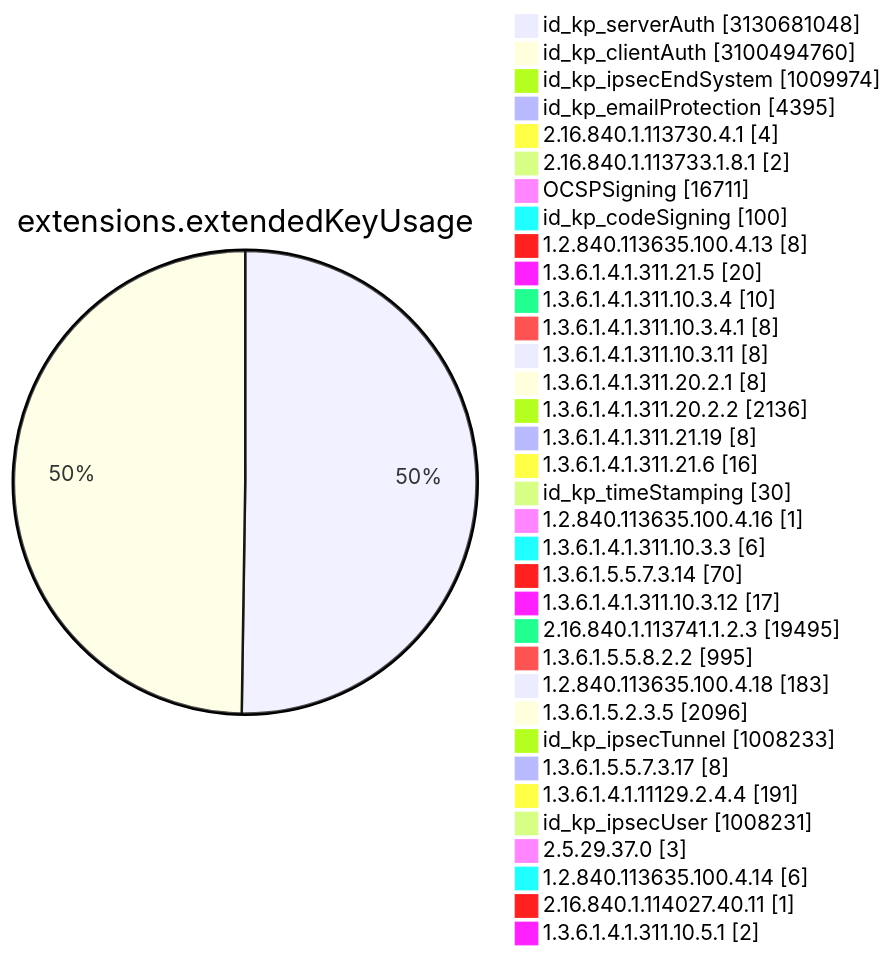
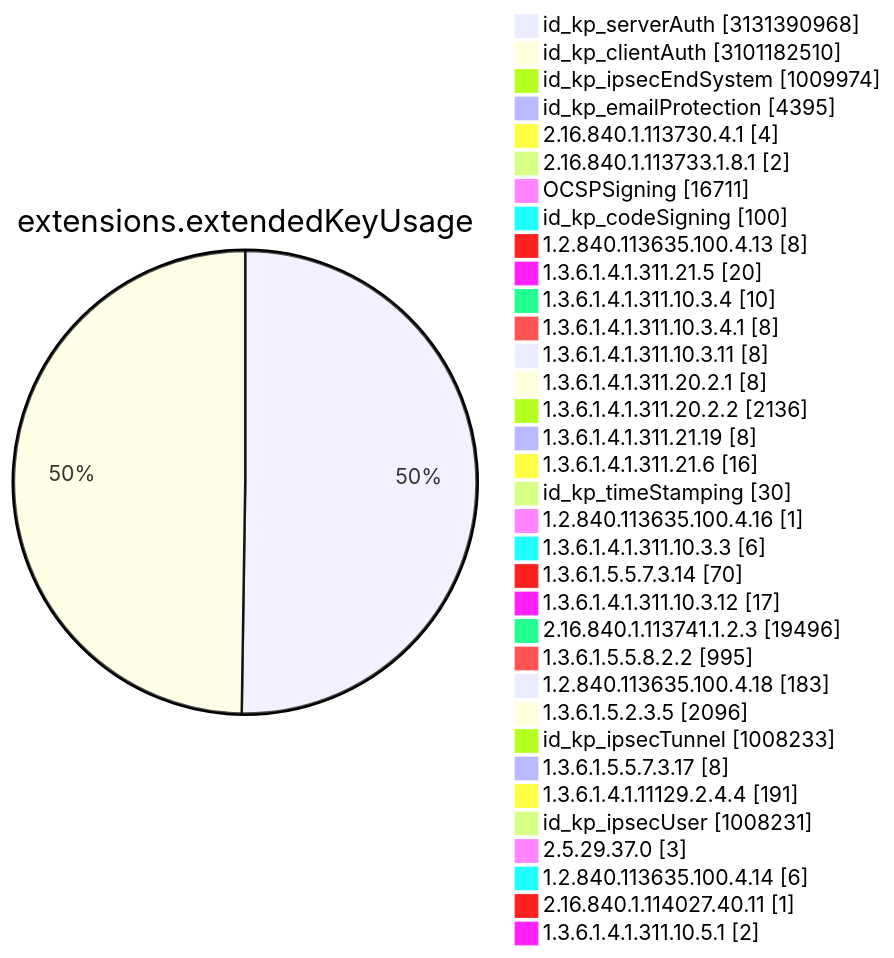
One commit to christiankrug/ctmonitor_visualization changed diagram 11 of 15 in TOTAL/README.md. Above: the diagram before and after it, drawn with Mermaid. The commit also changed other lines of this file, not shown here.

````diff
--- a/TOTAL/README.md
+++ b/TOTAL/README.md
@@ -4119,38 +4119,38 @@
 ```mermaid
 pie showData
 title extensions.extendedKeyUsage
-"id_kp_serverAuth" :3130681048
-"id_kp_clientAuth" :3100494760
+"id_kp_serverAuth" :3131390968
+"id_kp_clientAuth" :3101182510
 "id_kp_ipsecEndSystem" :1009974
 "id_kp_emailProtection" :4395
 "2.16.840.1.113730.4.1" :4
 "2.16.840.1.113733.1.8.1" :2
 "OCSPSigning" :16711
 "id_kp_codeSigning" :100
 "1.2.840.113635.100.4.13" :8
 "1.3.6.1.4.1.311.21.5" :20
 "1.3.6.1.4.1.311.10.3.4" :10
 "1.3.6.1.4.1.311.10.3.4.1" :8
 "1.3.6.1.4.1.311.10.3.11" :8
 "1.3.6.1.4.1.311.20.2.1" :8
 "1.3.6.1.4.1.311.20.2.2" :2136
 "1.3.6.1.4.1.311.21.19" :8
 "1.3.6.1.4.1.311.21.6" :16
 "id_kp_timeStamping" :30
 "1.2.840.113635.100.4.16" :1
 "1.3.6.1.4.1.311.10.3.3" :6
 "1.3.6.1.5.5.7.3.14" :70
 "1.3.6.1.4.1.311.10.3.12" :17
-"2.16.840.1.113741.1.2.3" :19495
+"2.16.840.1.113741.1.2.3" :19496
 "1.3.6.1.5.5.8.2.2" :995
 "1.2.840.113635.100.4.18" :183
 "1.3.6.1.5.2.3.5" :2096
 "id_kp_ipsecTunnel" :1008233
 "1.3.6.1.5.5.7.3.17" :8
 "1.3.6.1.4.1.11129.2.4.4" :191
 "id_kp_ipsecUser" :1008231
 "2.5.29.37.0" :3
 "1.2.840.113635.100.4.14" :6
 "2.16.840.1.114027.40.11" :1
 "1.3.6.1.4.1.311.10.5.1" :2
 ```
````
